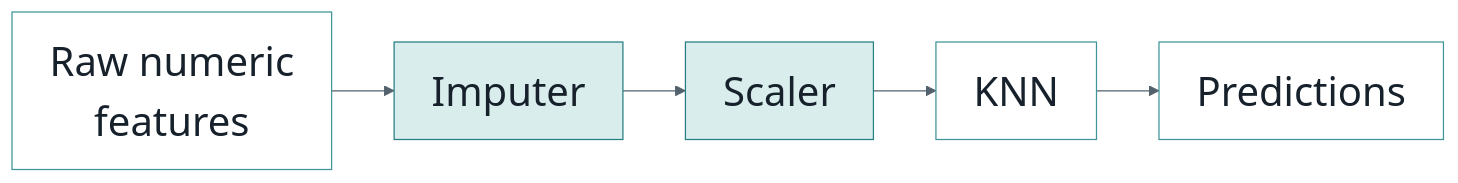
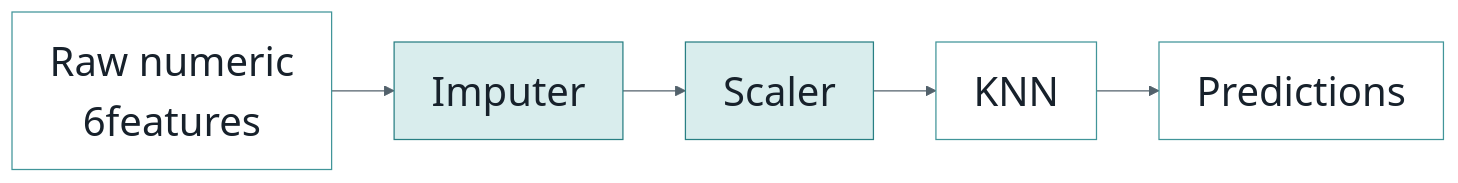
Before and after one commit to kvarada/cpsc330-slides: the second of 3 diagrams in website/slides/slides-05-preprocessing-pipelines.qmd, drawn with Mermaid. The commit also changed other lines of this file, not shown here.

````diff
--- a/website/slides/slides-05-preprocessing-pipelines.qmd
+++ b/website/slides/slides-05-preprocessing-pipelines.qmd
@@ -199,7 +235,7 @@
 ```{mermaid}
 %%{init: {'theme': 'base', 'themeVariables': {'fontFamily': 'sans-serif', 'fontSize': '32px', 'primaryColor': '#ffffff', 'primaryTextColor': '#17212b', 'primaryBorderColor': '#419599', 'lineColor': '#52616b'}}}%%
 flowchart LR
-    A["Raw numeric <br>features"] --> B["Imputer"] --> C["Scaler"] --> D["KNN"] --> E["Predictions"]
+    A["Raw numeric <br>6features"] --> B["Imputer"] --> C["Scaler"] --> D["KNN"] --> E["Predictions"]
     style B fill:#d9eded,stroke:#287f83
     style C fill:#d9eded,stroke:#287f83
 ```
````
